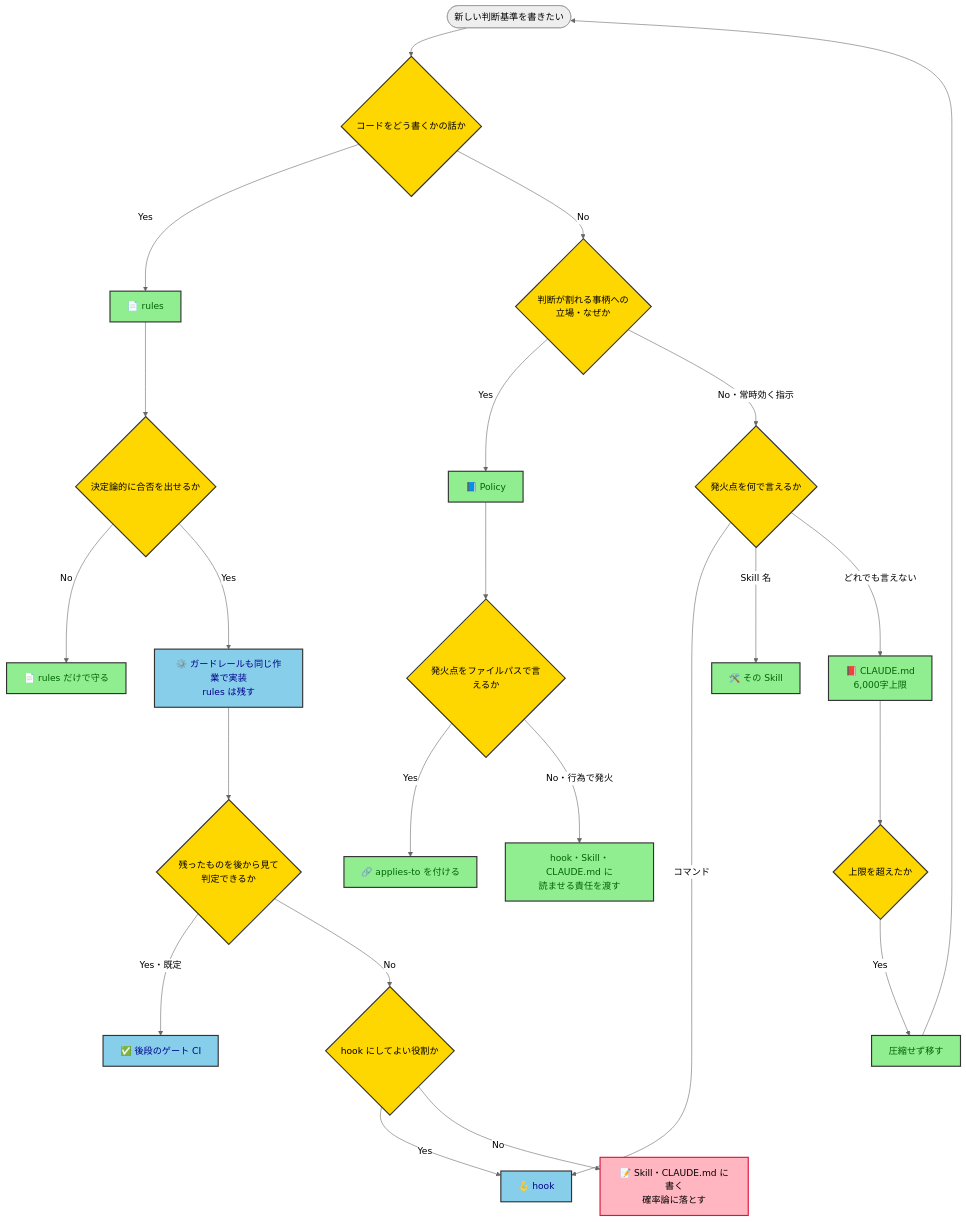
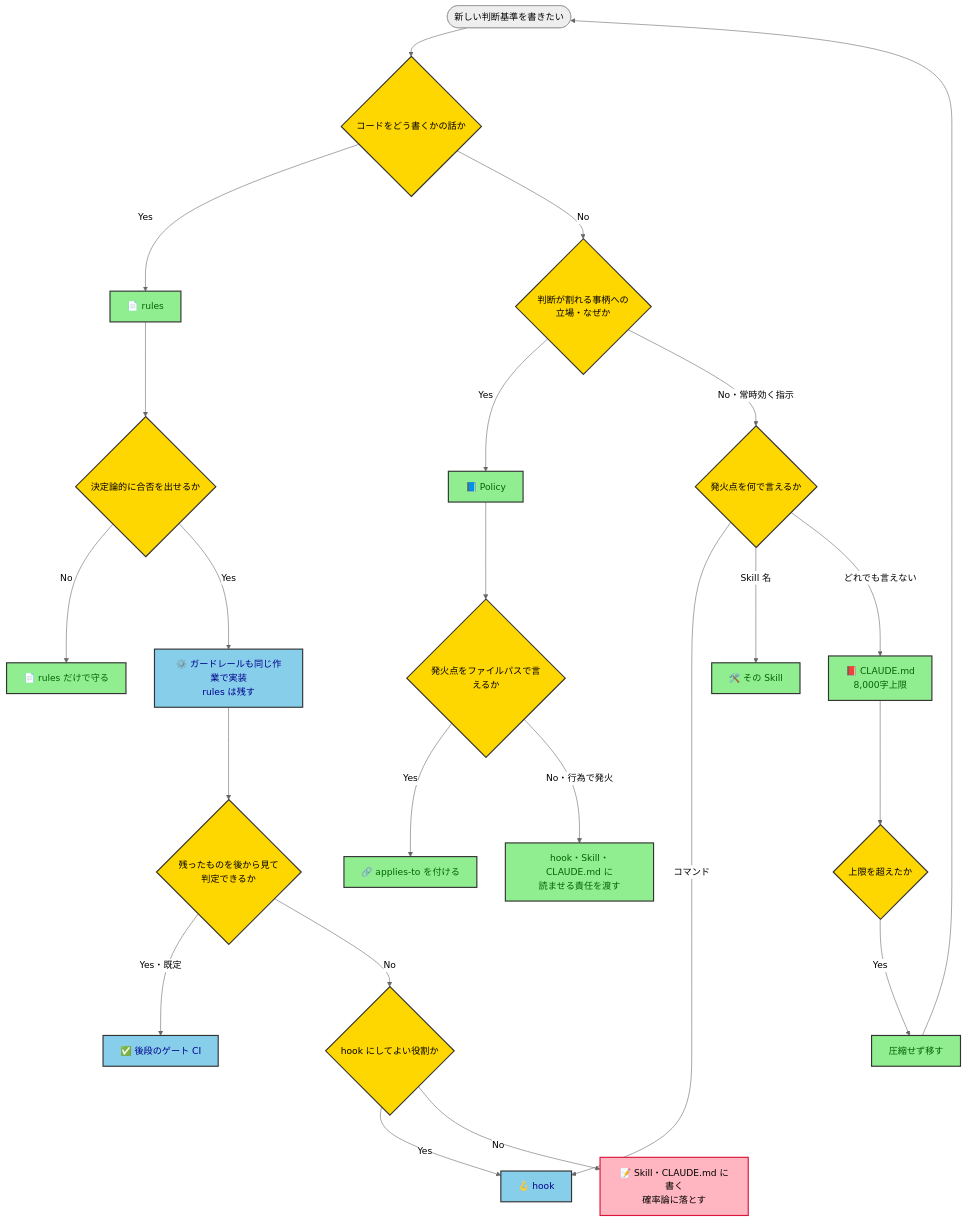
Before and after one commit to kasiopeiya/claude-dev-template: the diagram in docs/policy/policy-driven-development-policy.md, drawn with Mermaid (neutral theme). The commit also changed other lines of this file and 5 other files, not shown here.

````diff
--- a/docs/policy/policy-driven-development-policy.md
+++ b/docs/policy/policy-driven-development-policy.md
@@ -52,41 +52,41 @@
 ```mermaid
 flowchart TD
     Start(["新しい判断基準を書きたい"]) --> Q1{"コードをどう書くかの話か"}
 
     Q1 -->|Yes| Rules["📄 rules"]
     Q1 -->|No| Q2{"判断が割れる事柄への<br/>立場・なぜか"}
 
     Rules --> Q3{"決定論的に合否を出せるか"}
     Q3 -->|No| RulesOnly["📄 rules だけで守る"]
     Q3 -->|Yes| Guard["⚙️ ガードレールも同じ作業で実装<br/>rules は残す"]
 
     Guard --> Q4{"残ったものを後から見て<br/>判定できるか"}
     Q4 -->|"Yes・既定"| CI["✅ 後段のゲート CI"]
     Q4 -->|No| Q5{"hook にしてよい役割か"}
     Q5 -->|Yes| Hook["🪝 hook"]
     Q5 -->|No| Prose["📝 Skill・CLAUDE.md に書く<br/>確率論に落とす"]
 
     Q2 -->|Yes| Policy["📘 Policy"]
     Q2 -->|"No・常時効く指示"| Q7{"発火点を何で言えるか"}
 
     Policy --> Q6{"発火点をファイルパスで言えるか"}
     Q6 -->|Yes| Applies["🔗 applies-to を付ける"]
     Q6 -->|"No・行為で発火"| NoApplies["hook・Skill・CLAUDE.md に<br/>読ませる責任を渡す"]
 
     Q7 -->|コマンド| Hook
     Q7 -->|"Skill 名"| SkillPlace["🛠️ その Skill"]
-    Q7 -->|"どれでも言えない"| Claude["📕 CLAUDE.md<br/>6,000字上限"]
+    Q7 -->|"どれでも言えない"| Claude["📕 CLAUDE.md<br/>8,000字上限"]
     Claude --> Q8{"上限を超えたか"}
     Q8 -->|Yes| Move["圧縮せず移す"]
     Move --> Start
 
     classDef decision fill:#FFD700,stroke:#333,stroke-width:2px,color:black
     classDef place fill:#90EE90,stroke:#333,stroke-width:2px,color:darkgreen
     classDef machine fill:#87CEEB,stroke:#333,stroke-width:2px,color:darkblue
     classDef weak fill:#FFB6C1,stroke:#DC143C,stroke-width:2px,color:black
 
     class Q1,Q2,Q3,Q4,Q5,Q6,Q7,Q8 decision
     class Rules,RulesOnly,Policy,Applies,NoApplies,SkillPlace,Claude,Move place
     class Guard,CI,Hook machine
     class Prose weak
 ```
````
